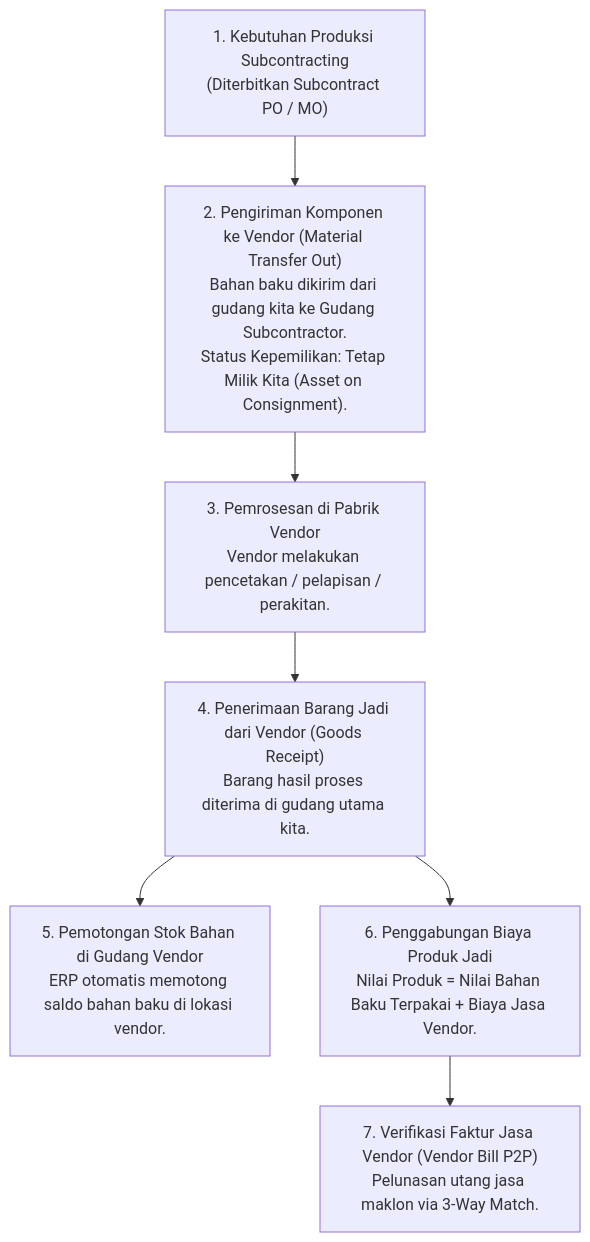
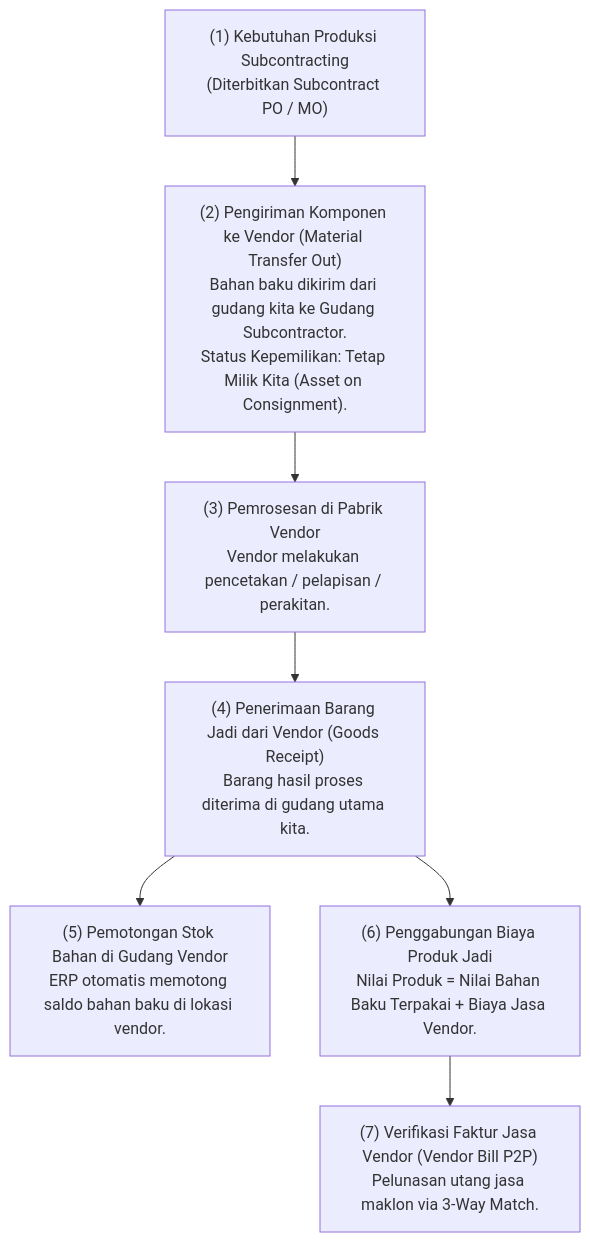
The diagram in content/06-manufacturing/subcontracting-and-external-processing.md (alimurrofid/erp-notes), drawn with Mermaid before and after one commit. The commit also changed 132 other files, not shown here.

````diff
--- a/content/06-manufacturing/subcontracting-and-external-processing.md
+++ b/content/06-manufacturing/subcontracting-and-external-processing.md
@@ -29,15 +29,15 @@
 ```mermaid
 flowchart TD
-    MO["1. Kebutuhan Produksi Subcontracting<br/>(Diterbitkan Subcontract PO / MO)"]
-    --> Send["2. Pengiriman Komponen ke Vendor (Material Transfer Out)<br/>Bahan baku dikirim dari gudang kita ke Gudang Subcontractor.<br/>Status Kepemilikan: Tetap Milik Kita (Asset on Consignment)."]
+    MO["(1) Kebutuhan Produksi Subcontracting<br/>(Diterbitkan Subcontract PO / MO)"]
+    --> Send["(2) Pengiriman Komponen ke Vendor (Material Transfer Out)<br/>Bahan baku dikirim dari gudang kita ke Gudang Subcontractor.<br/>Status Kepemilikan: Tetap Milik Kita (Asset on Consignment)."]
     
-    Send --> Process["3. Pemrosesan di Pabrik Vendor<br/>Vendor melakukan pencetakan / pelapisan / perakitan."]
+    Send --> Process["(3) Pemrosesan di Pabrik Vendor<br/>Vendor melakukan pencetakan / pelapisan / perakitan."]
     
-    Process --> GR["4. Penerimaan Barang Jadi dari Vendor (Goods Receipt)<br/>Barang hasil proses diterima di gudang utama kita."]
+    Process --> GR["(4) Penerimaan Barang Jadi dari Vendor (Goods Receipt)<br/>Barang hasil proses diterima di gudang utama kita."]
     
-    GR --> Backflush["5. Pemotongan Stok Bahan di Gudang Vendor<br/>ERP otomatis memotong saldo bahan baku di lokasi vendor."]
+    GR --> Backflush["(5) Pemotongan Stok Bahan di Gudang Vendor<br/>ERP otomatis memotong saldo bahan baku di lokasi vendor."]
     
-    GR --> CostAdd["6. Penggabungan Biaya Produk Jadi<br/>Nilai Produk = Nilai Bahan Baku Terpakai + Biaya Jasa Vendor."]
+    GR --> CostAdd["(6) Penggabungan Biaya Produk Jadi<br/>Nilai Produk = Nilai Bahan Baku Terpakai + Biaya Jasa Vendor."]
     
-    CostAdd --> Bill["7. Verifikasi Faktur Jasa Vendor (Vendor Bill P2P)<br/>Pelunasan utang jasa maklon via 3-Way Match."]
+    CostAdd --> Bill["(7) Verifikasi Faktur Jasa Vendor (Vendor Bill P2P)<br/>Pelunasan utang jasa maklon via 3-Way Match."]
 ```
````
